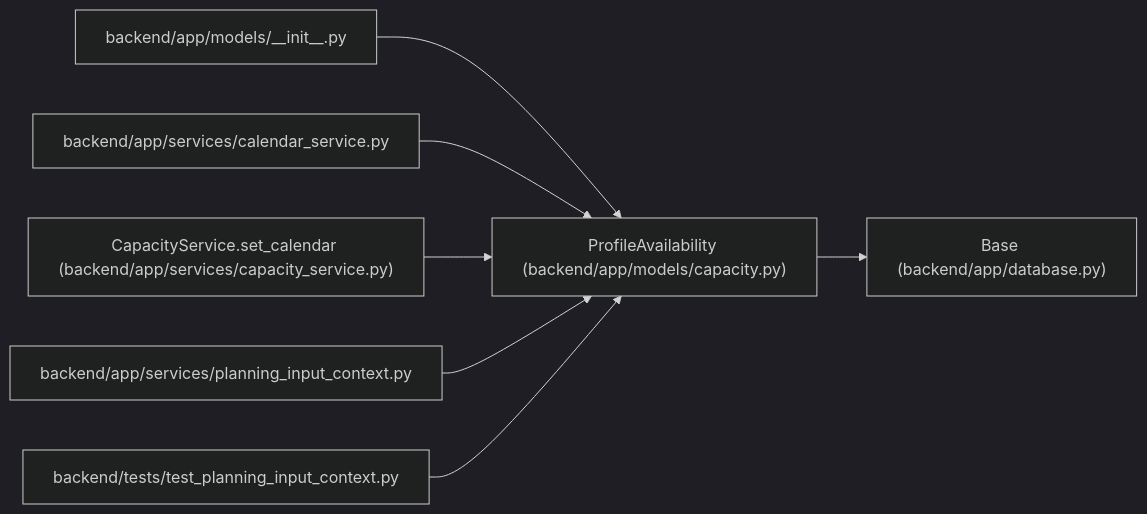
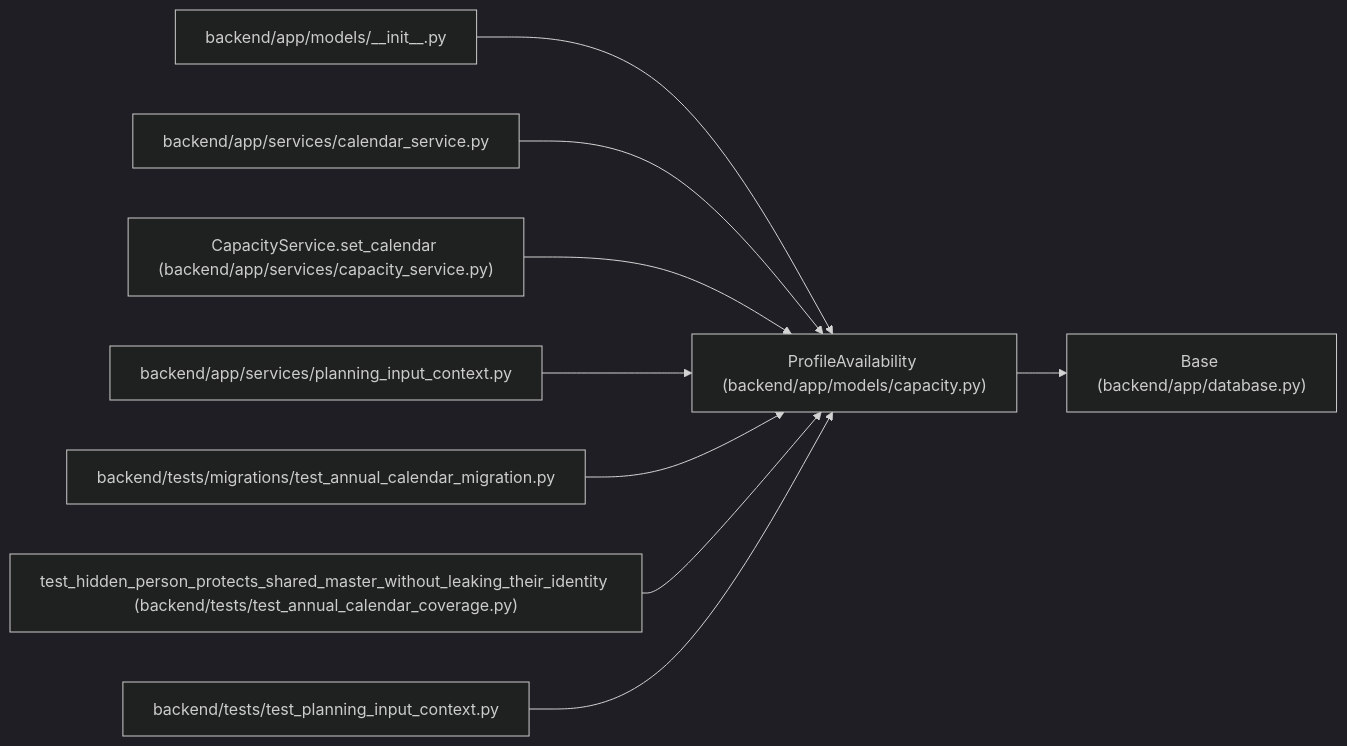
Before and after one commit to Denissvgn/WorkChord: the diagram in docs/llm_wiki/entities/ProfileAvailability.md, drawn with Mermaid (dark theme). The commit also changed other lines of this file and 920 other files, not shown here.

````diff
--- a/docs/llm_wiki/entities/ProfileAvailability.md
+++ b/docs/llm_wiki/entities/ProfileAvailability.md
@@ -29,23 +30,29 @@
 ```mermaid
 flowchart LR
     n0["ProfileAvailability (backend/app/models/capacity.py)"]
     n1["Base (backend/app/database.py)"]
     n2["backend/app/models/__init__.py"]
     n3["backend/app/services/calendar_service.py"]
     n4["CapacityService.set_calendar (backend/app/services/capacity_service.py)"]
     n5["backend/app/services/planning_input_context.py"]
-    n6["backend/tests/test_planning_input_context.py"]
+    n6["backend/tests/migrations/test_annual_calendar_migration.py"]
+    n7["test_hidden_person_protects_shared_master_without_leaking_their_identity (backend/tests/test_annual_calendar_coverage.py)"]
+    n8["backend/tests/test_planning_input_context.py"]
     n0 --> n1
     n2 --> n0
     n3 --> n0
     n4 --> n0
     n5 --> n0
     n6 --> n0
+    n7 --> n0
+    n8 --> n0
     click n0 "../modules/models_capacity.md"
     click n1 "../modules/app_database.md"
     click n2 "../modules/models___init__.md"
     click n3 "../modules/calendar_service.md"
     click n4 "../modules/capacity_service.md"
     click n5 "../modules/planning_input_context.md"
-    click n6 "../modules/test_planning_input_context.md"
+    click n6 "../modules/test_annual_calendar_migration.md"
+    click n7 "../modules/test_annual_calendar_coverage.md"
+    click n8 "../modules/test_planning_input_context.md"
 ```
````
